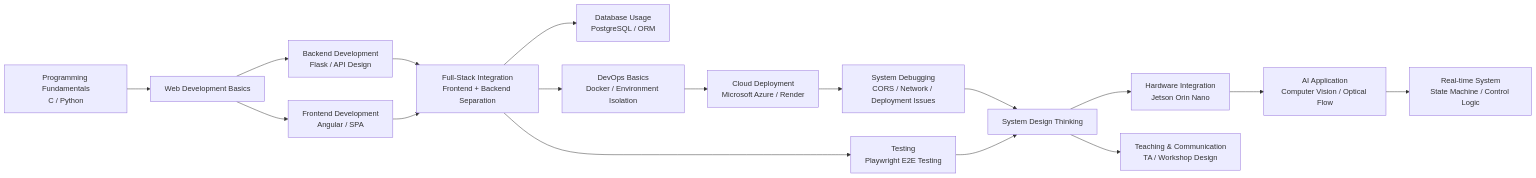
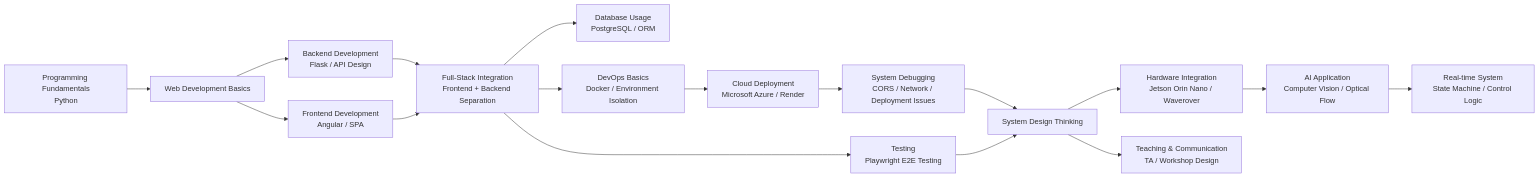
One commit to Jerry-ya-ya/Jerry-ya-ya changed the first of 2 diagrams in README.md. Above: the diagram before and after it, drawn with Mermaid. The commit also changed other lines of this file and 24 other files, not shown here.

````diff
--- a/README.md
+++ b/README.md
@@ -11,32 +11,32 @@
 ```mermaid
 flowchart LR
 
-    A[Programming Fundamentals<br/>C / Python] --> B[Web Development Basics]
+    A[Programming Fundamentals<br/>Python] --> B[Web Development Basics]
 
     B --> C[Backend Development<br/>Flask / API Design]
     B --> D[Frontend Development<br/>Angular / SPA]
 
     C --> E[Full-Stack Integration<br/>Frontend + Backend Separation]
     D --> E
 
     E --> F[Database Usage<br/>PostgreSQL / ORM]
 
     E --> G[DevOps Basics<br/>Docker / Environment Isolation]
 
     G --> H[Cloud Deployment<br/>Microsoft Azure / Render]
 
     H --> I[System Debugging<br/>CORS / Network / Deployment Issues]
 
     E --> J[Testing<br/>Playwright E2E Testing]
 
     I --> K[System Design Thinking]
     J --> K
 
-    K --> L[Hardware Integration<br/>Jetson Orin Nano]
+    K --> L[Hardware Integration<br/>Jetson Orin Nano / Waverover]
 
     L --> M[AI Application<br/>Computer Vision / Optical Flow]
 
     M --> N[Real-time System<br/>State Machine / Control Logic]
 
     K --> O[Teaching & Communication<br/>TA / Workshop Design]
 ```
````
